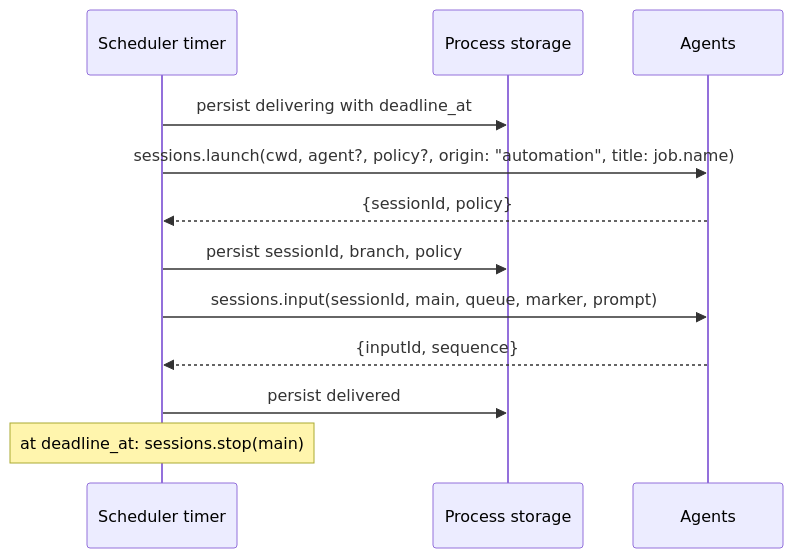
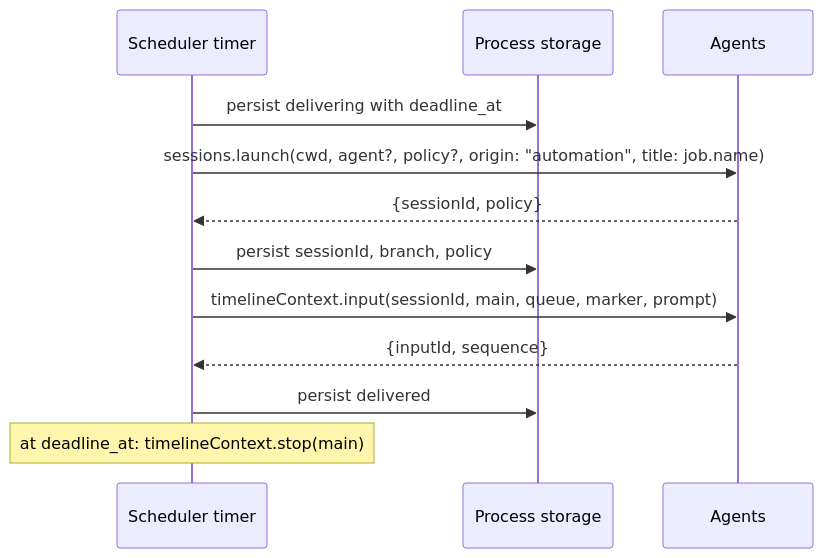
One commit to arcships/dim changed the fourth of 5 diagrams in docs/design/plugins/Scheduler.md. Above: the diagram before and after it, drawn with Mermaid. The commit also changed other lines of this file and 142 other files, not shown here.

````diff
--- a/docs/design/plugins/Scheduler.md
+++ b/docs/design/plugins/Scheduler.md
@@ -245,14 +249,14 @@
 ```mermaid
 sequenceDiagram
   participant T as Scheduler timer
   participant ST as Process storage
   participant AG as Agents
   T->>ST: persist delivering with deadline_at
   T->>AG: sessions.launch(cwd, agent?, policy?, origin: "automation", title: job.name)
   AG-->>T: {sessionId, policy}
   T->>ST: persist sessionId, branch, policy
-  T->>AG: sessions.input(sessionId, main, queue, marker, prompt)
+  T->>AG: timelineContext.input(sessionId, main, queue, marker, prompt)
   AG-->>T: {inputId, sequence}
   T->>ST: persist delivered
-  Note over T: at deadline_at: sessions.stop(main)
+  Note over T: at deadline_at: timelineContext.stop(main)
 ```
````
